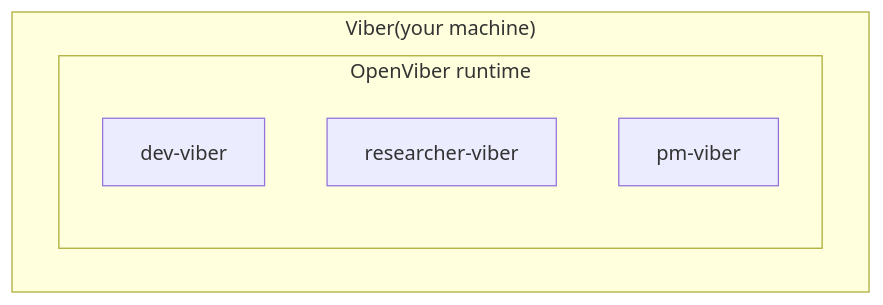
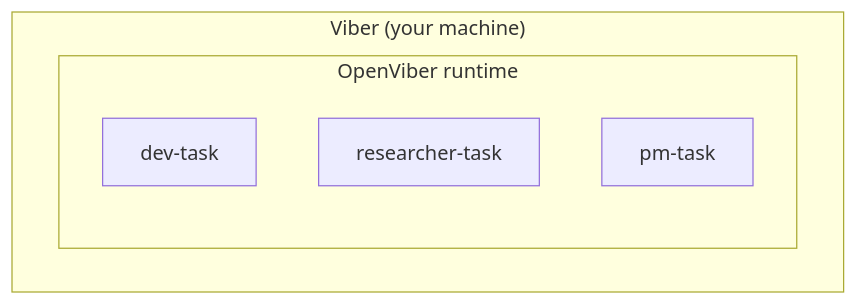
Before and after one commit to dustland/openviber: the diagram in docs/concepts/viber.md, drawn with Mermaid. The commit also changed other lines of this file and 16 other files, not shown here.

First line of the commit message:
docs: migrate terminology to Viber (machine) and Task (worker)

````diff
--- a/docs/concepts/viber.md
+++ b/docs/concepts/viber.md
@@ -9,10 +9,10 @@
 ```mermaid
 graph TB
-    subgraph node["Viber(your machine)"]
+    subgraph node["Viber (your machine)"]
         subgraph openviber["OpenViber runtime"]
-            v1["dev-viber"]
-            v2["researcher-viber"]
-            v3["pm-viber"]
+            t1["dev-task"]
+            t2["researcher-task"]
+            t3["pm-task"]
         end
     end
 ```
````
